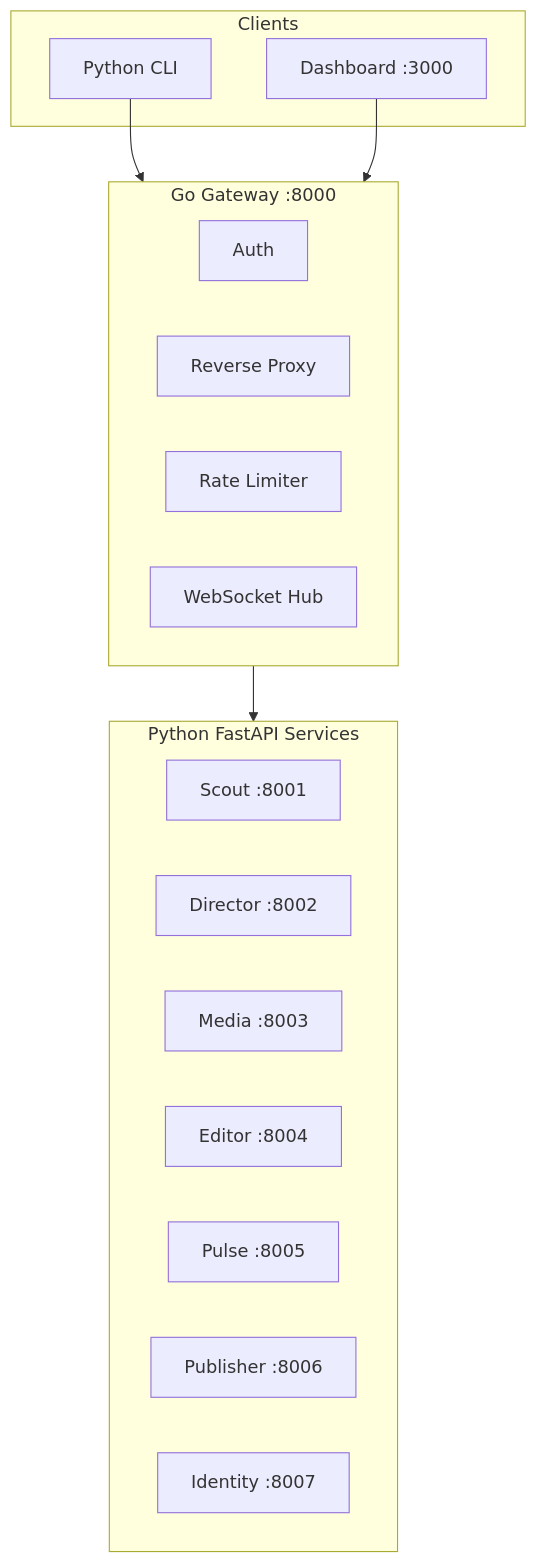
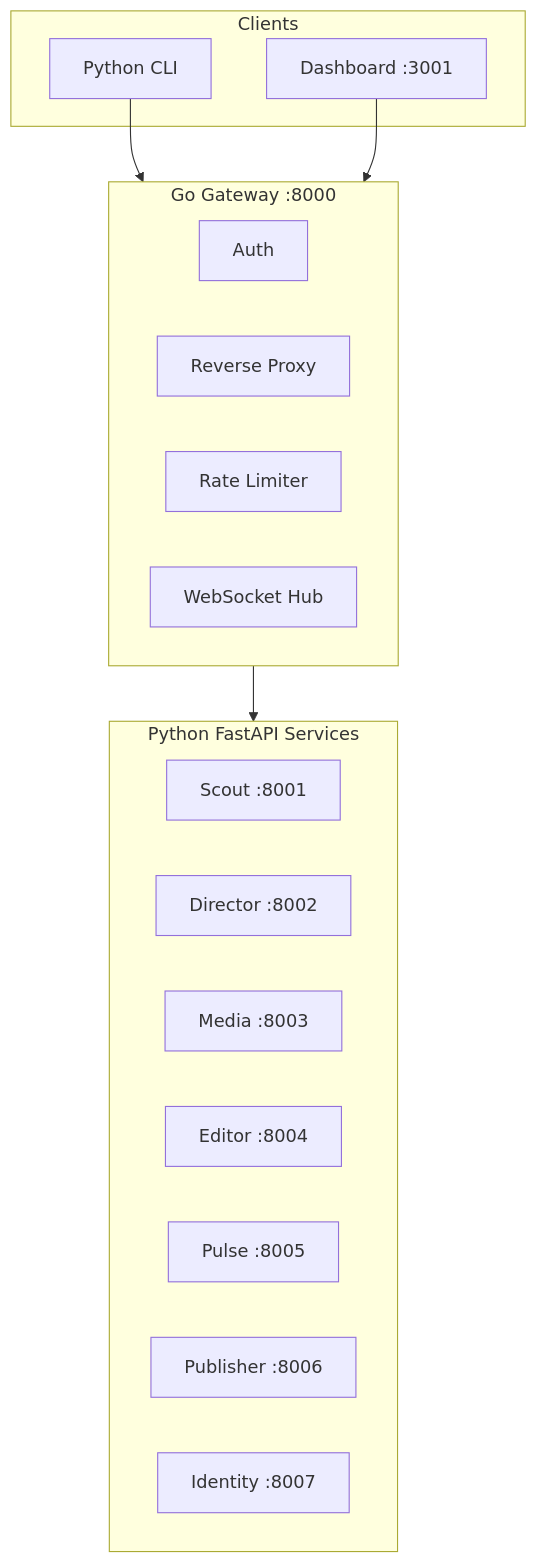
The diagram in docs/services/index.md (nebulae-official/orion), drawn with Mermaid before and after one commit. The commit also changed other lines of this file and 110 other files, not shown here.

````diff
--- a/docs/services/index.md
+++ b/docs/services/index.md
@@ -9,29 +9,29 @@
 ```mermaid
 graph TB
     subgraph Gateway["Go Gateway :8000"]
         direction LR
         AUTH["Auth"]
         PROXY["Reverse Proxy"]
         RATE["Rate Limiter"]
         WSOCK["WebSocket Hub"]
     end
 
     subgraph Python["Python FastAPI Services"]
         SC["Scout :8001"]
         DR["Director :8002"]
         MD["Media :8003"]
         ED["Editor :8004"]
         PL["Pulse :8005"]
         PB["Publisher :8006"]
         ID["Identity :8007"]
     end
 
     subgraph Clients["Clients"]
         CLI["Python CLI"]
-        DASH["Dashboard :3000"]
+        DASH["Dashboard :3001"]
     end
 
     CLI --> Gateway
     DASH --> Gateway
     Gateway --> Python
 ```
````
